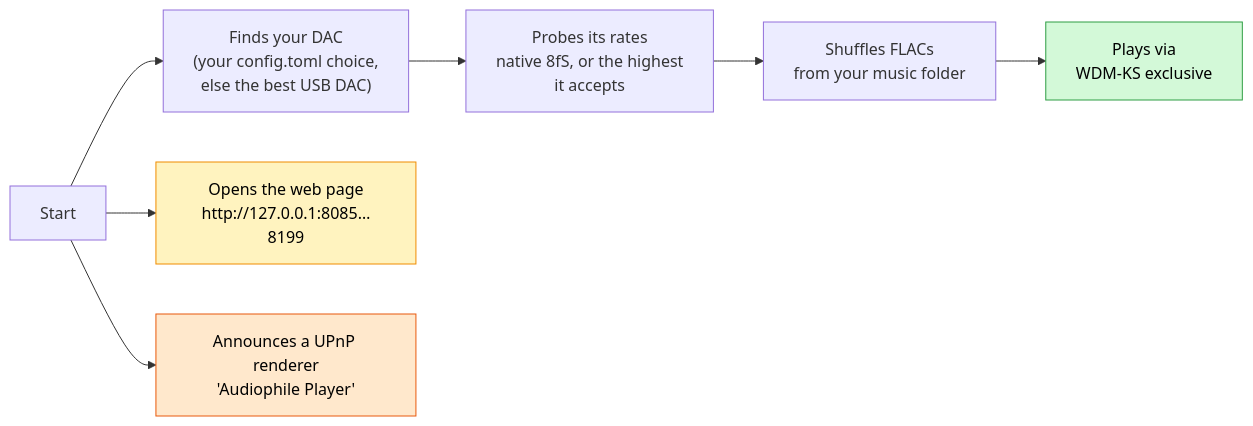
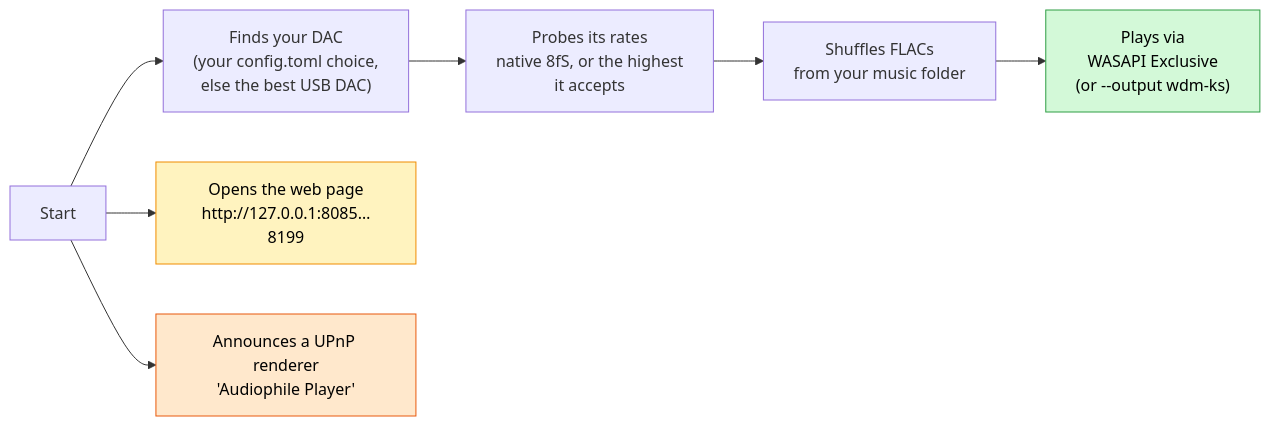
Before and after one commit to androxylo/audiophile_player: the second of 5 diagrams in docs/GETTING_STARTED.md, drawn with Mermaid. The commit also changed 15 other files, not shown here.

First line of the commit message:
WASAPI Exclusive default + Push fallback, WaveRT timing simulator & fixes (Issue #22)

````diff
--- a/docs/GETTING_STARTED.md
+++ b/docs/GETTING_STARTED.md
@@ -24,9 +24,9 @@
 ```mermaid
 flowchart LR
-    S["Start"] --> D["Finds your DAC<br/>(your config.toml choice,<br/>else the best USB DAC)"] --> R["Probes its rates<br/>native 8fS, or the highest<br/>it accepts"] --> M["Shuffles FLACs<br/>from your music folder"] --> P["Plays via<br/>WDM-KS exclusive"]
+    S["Start"] --> D["Finds your DAC<br/>(your config.toml choice,<br/>else the best USB DAC)"] --> R["Probes its rates<br/>native 8fS, or the highest<br/>it accepts"] --> M["Shuffles FLACs<br/>from your music folder"] --> P["Plays via<br/>WASAPI Exclusive<br/>(or --output wdm-ks)"]
     S --> W["Opens the web page<br/>http://127.0.0.1:8085…8199"]
     S --> U["Announces a UPnP renderer<br/>'Audiophile Player'"]
     style P fill:#d3f9d8,stroke:#2f9e44,color:#000
     style W fill:#fff3bf,stroke:#f08c00,color:#000
     style U fill:#ffe8cc,stroke:#e8590c,color:#000
 ```
````
